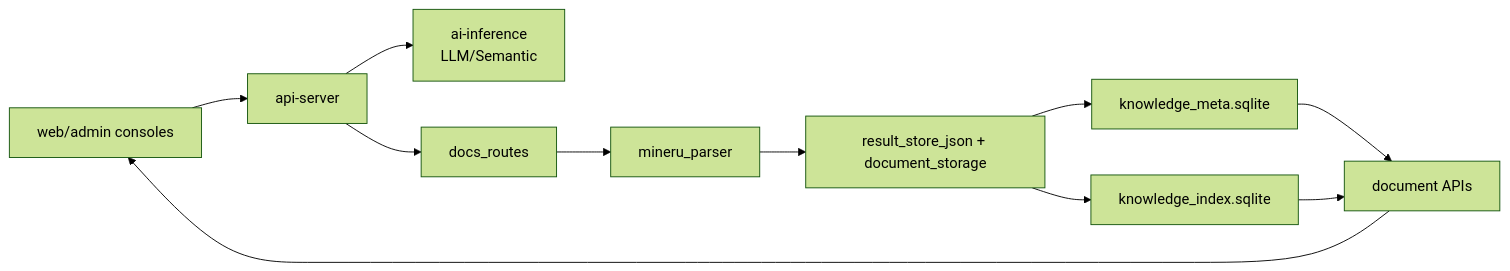
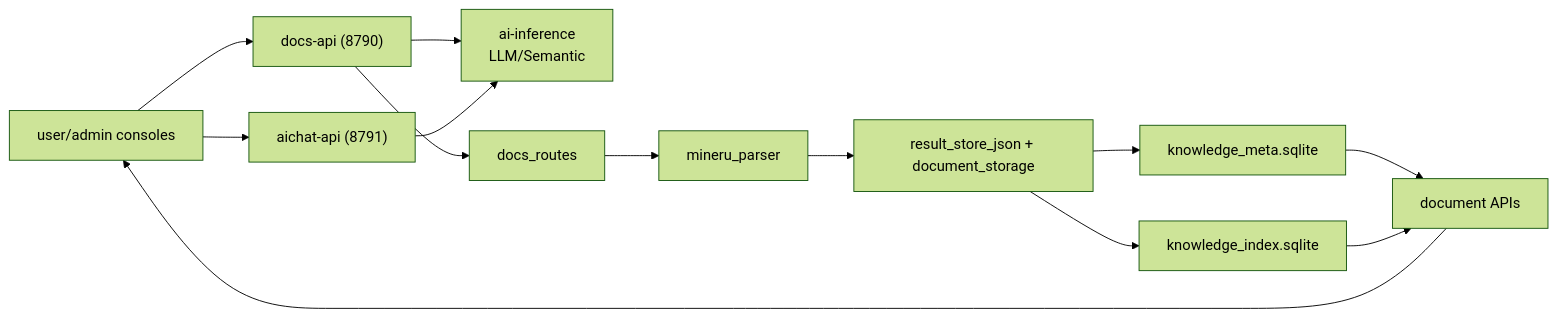
The first of 4 diagrams in docs/services-techniques.md (0mao0/AnGIneer), drawn with Mermaid (forest theme) before and after one commit. The commit also changed other lines of this file and 6 other files, not shown here.

Commit message:
docs: align historical docs with docs-api/aichat-api split

````diff
--- a/docs/services-techniques.md
+++ b/docs/services-techniques.md
@@ -50,23 +50,26 @@
 ```mermaid
 flowchart LR
-  Front["web/admin consoles"]
-  Api["api-server"]
+  Front["user/admin consoles"]
+  DocsApi["docs-api (8790)"]
+  AichatApi["aichat-api (8791)"]
   AI["ai-inference\nLLM/Semantic"]
   Routes["docs_routes"]
   Parser["mineru_parser"]
   Store["result_store_json + document_storage"]
   Meta["knowledge_meta.sqlite"]
   Index["knowledge_index.sqlite"]
   Read["document APIs"]
 
-  Front --> Api
-  Api --> AI
-  Api --> Routes
+  Front --> DocsApi
+  Front --> AichatApi
+  DocsApi --> AI
+  DocsApi --> Routes
+  AichatApi --> AI
   Routes --> Parser
   Parser --> Store
   Store --> Meta
   Store --> Index
   Meta --> Read
   Index --> Read
   Read --> Front
 ```
````
